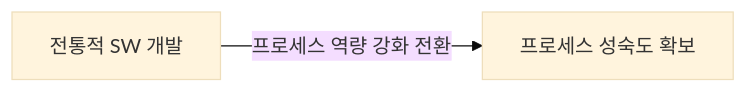
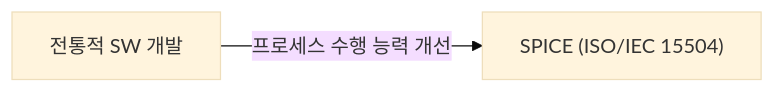
The first of 3 diagrams in docs/01-it-governance/spice.md (jeonck/fw-thinking), drawn with Mermaid (base theme) before and after one commit. The commit also changed other lines of this file and 123 other files, not shown here.

````diff
--- a/docs/01-it-governance/spice.md
+++ b/docs/01-it-governance/spice.md
@@ -9,4 +10,4 @@
 ```mermaid
 flowchart LR
-    A["전통적 SW 개발"] -- "프로세스 역량 강화 전환" --> B["프로세스 성숙도 확보"]
+    A["전통적 SW 개발"] -- "프로세스 수행 능력 개선" --> B["SPICE (ISO/IEC 15504)"]
 ```
````
